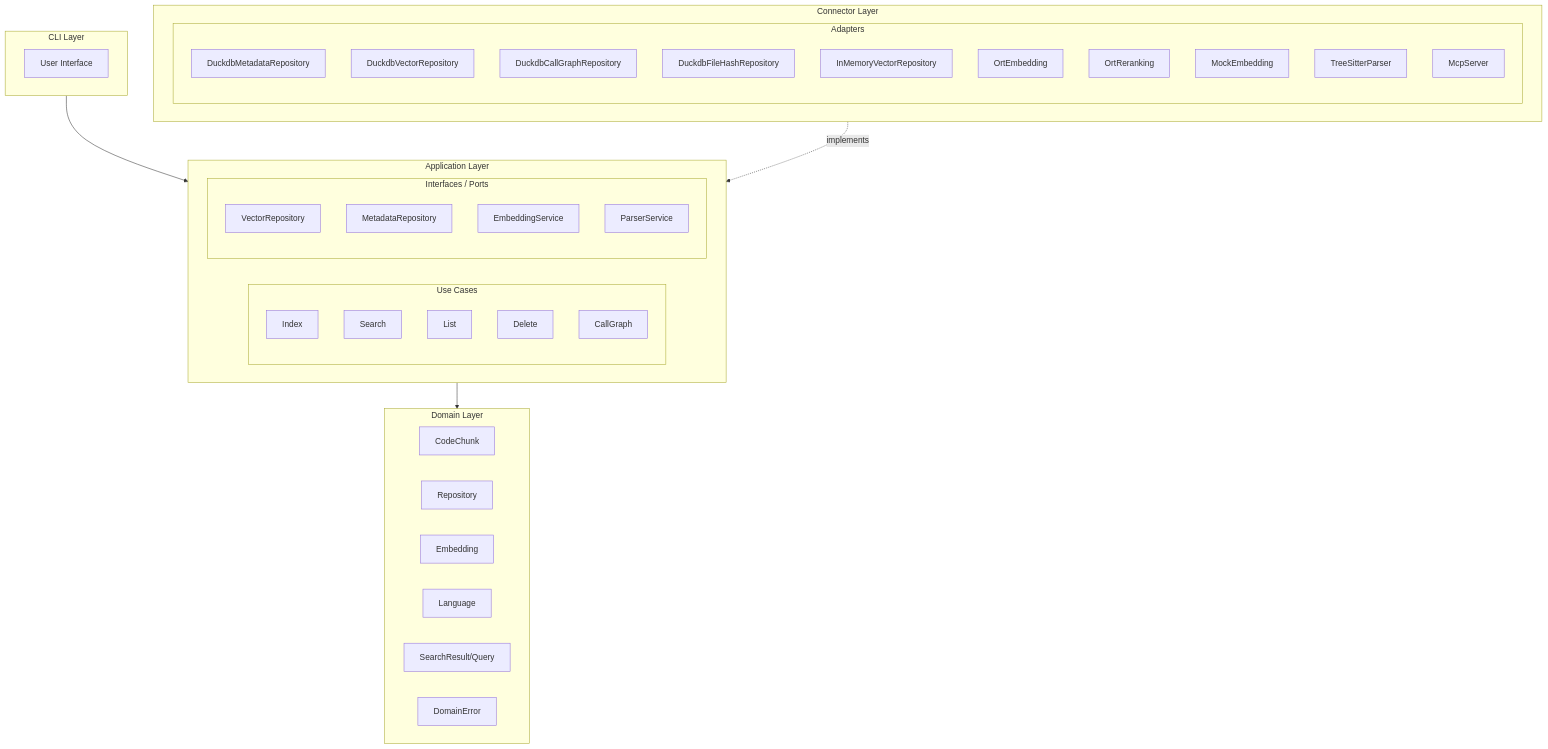
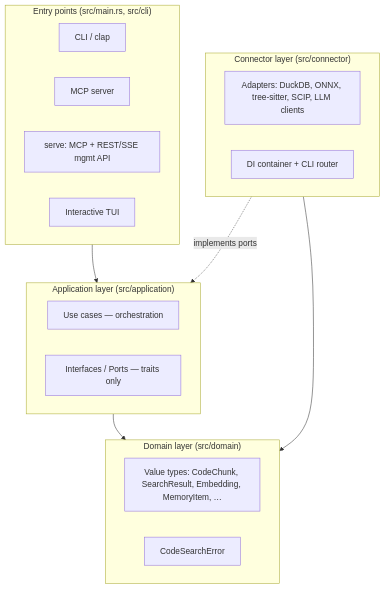
Before and after one commit to ArtemisMucaj/codesearch: the first of 3 diagrams in docs/architecture/overview.md, drawn with Mermaid. The commit also changed other lines of this file and 14 other files, not shown here.

Commit message:
feat: codesearch-cli/mcp skills, overview & add-resource MCP tools, and a full docs rebuild (#193)

````diff
--- a/docs/architecture/overview.md
+++ b/docs/architecture/overview.md
@@ -7,50 +7,29 @@
 ```mermaid
 graph TB
-    subgraph CLI["CLI Layer"]
-        UI[User Interface]
+    subgraph Entry["Entry points  (src/main.rs, src/cli)"]
+        CLI[CLI / clap]
+        MCP[MCP server]
+        SERVE[serve: MCP + REST/SSE mgmt API]
+        TUI[Interactive TUI]
     end
 
-    subgraph Application["Application Layer"]
-        subgraph UseCases["Use Cases"]
-            Index[Index]
-            Search[Search]
-            List[List]
-            Delete[Delete]
-            CallGraph[CallGraph]
-        end
-        subgraph Ports["Interfaces / Ports"]
-            VectorRepo[VectorRepository]
-            RepoRepo[MetadataRepository]
-            EmbedSvc[EmbeddingService]
-            ParseSvc[ParserService]
-        end
+    subgraph App["Application layer  (src/application)"]
+        UC[Use cases — orchestration]
+        Ports[Interfaces / Ports — traits only]
     end
 
-    subgraph Domain["Domain Layer"]
-        CodeChunk[CodeChunk]
-        Repository[Repository]
-        Embedding[Embedding]
-        Language[Language]
-        SearchResult[SearchResult/Query]
-        DomainError[DomainError]
+    subgraph Domain["Domain layer  (src/domain)"]
+        Models[Value types: CodeChunk, SearchResult, Embedding, MemoryItem, …]
+        Err[CodeSearchError]
     end
 
-    subgraph Connector["Connector Layer"]
-        subgraph Adapters["Adapters"]
-            DuckDBMeta[DuckdbMetadataRepository]
-            DuckDBVec[DuckdbVectorRepository]
-            DuckDBCallGraph[DuckdbCallGraphRepository]
-            DuckDBFileHash[DuckdbFileHashRepository]
-            InMemory[InMemoryVectorRepository]
-            Ort[OrtEmbedding]
-            OrtRerank[OrtReranking]
-            Mock[MockEmbedding]
-            TreeSitter[TreeSitterParser]
-            MCP[McpServer]
-        end
+    subgraph Conn["Connector layer  (src/connector)"]
+        Adapters[Adapters: DuckDB, ONNX, tree-sitter, SCIP, LLM clients]
+        DI[DI container + CLI router]
     end
 
-    CLI --> Application
-    Application --> Domain
-    Connector -.->|implements| Application
+    Entry --> App
+    App --> Domain
+    Conn -.->|implements ports| App
+    Conn --> Domain
 ```
````
